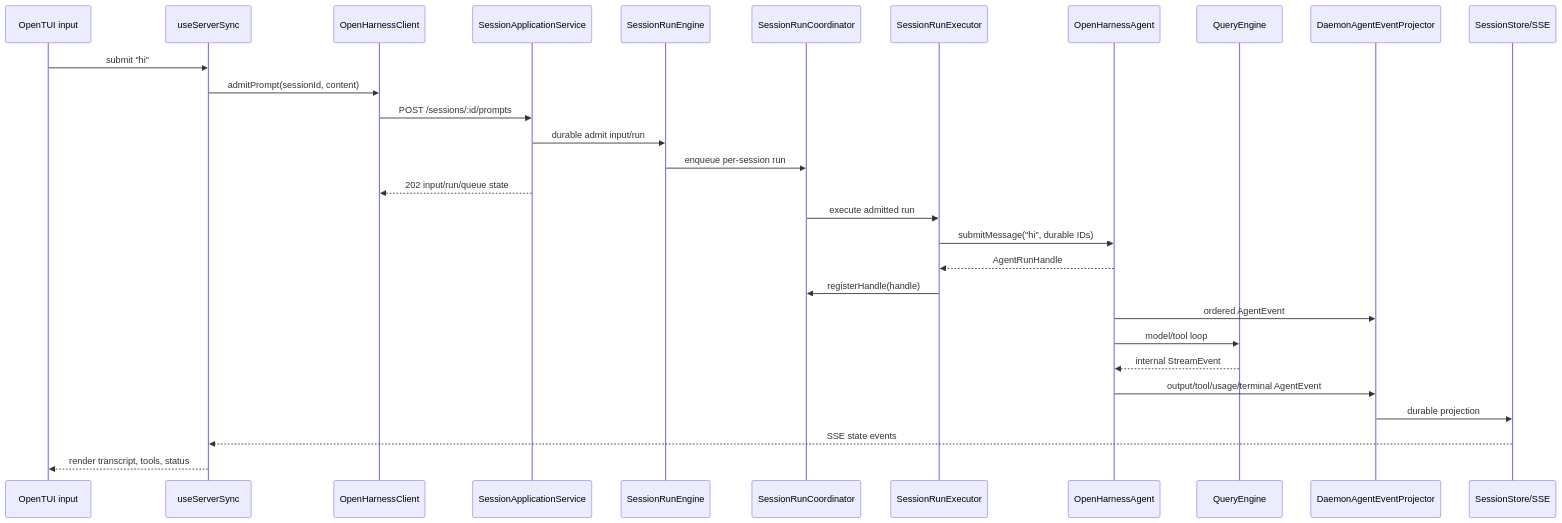
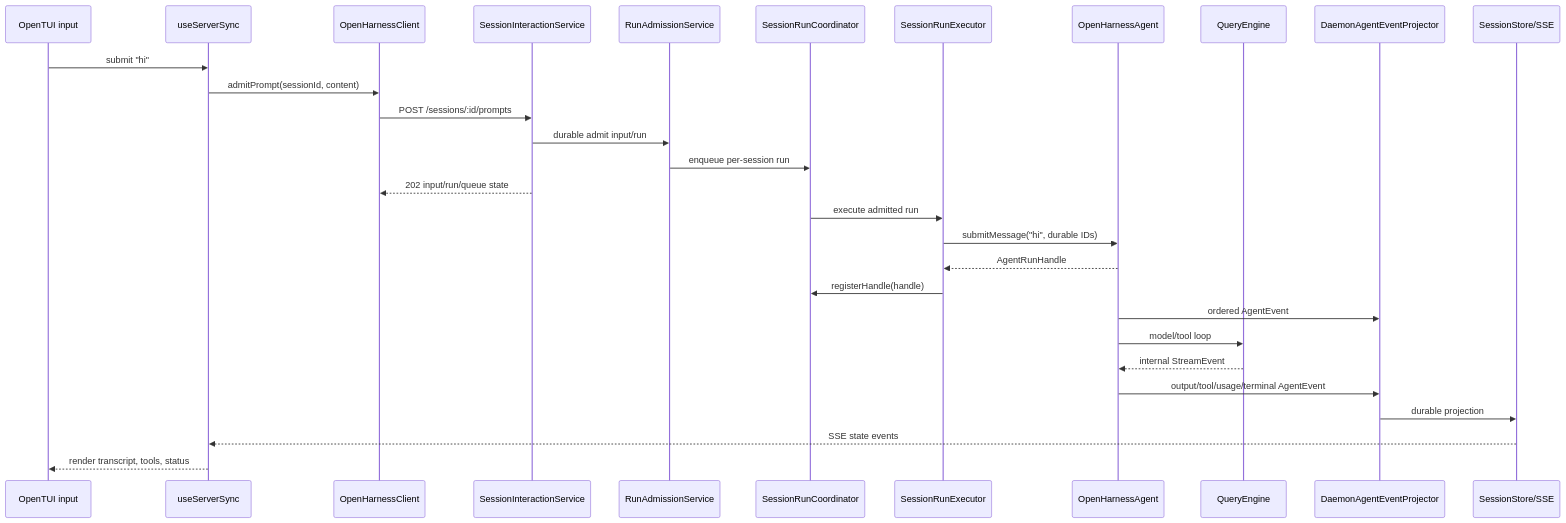
Before and after one commit to rzx007/Vykor: the diagram in docs/tui-flow.md, drawn with Mermaid. The commit also changed 28 other files, not shown here.

````diff
--- a/docs/tui-flow.md
+++ b/docs/tui-flow.md
@@ -21,32 +21,32 @@
 ```mermaid
 sequenceDiagram
   participant Input as OpenTUI input
   participant Sync as useServerSync
   participant Client as OpenHarnessClient
-  participant App as SessionApplicationService
-  participant Engine as SessionRunEngine
+  participant App as SessionInteractionService
+  participant Admission as RunAdmissionService
   participant Lane as SessionRunCoordinator
   participant Exec as SessionRunExecutor
   participant Agent as OpenHarnessAgent
   participant QE as QueryEngine
   participant Projection as DaemonAgentEventProjector
   participant Store as SessionStore/SSE
 
   Input->>Sync: submit "hi"
   Sync->>Client: admitPrompt(sessionId, content)
   Client->>App: POST /sessions/:id/prompts
-  App->>Engine: durable admit input/run
-  Engine->>Lane: enqueue per-session run
+  App->>Admission: durable admit input/run
+  Admission->>Lane: enqueue per-session run
   App-->>Client: 202 input/run/queue state
   Lane->>Exec: execute admitted run
   Exec->>Agent: submitMessage("hi", durable IDs)
   Agent-->>Exec: AgentRunHandle
   Exec->>Lane: registerHandle(handle)
   Agent->>Projection: ordered AgentEvent
   Agent->>QE: model/tool loop
   QE-->>Agent: internal StreamEvent
   Agent->>Projection: output/tool/usage/terminal AgentEvent
   Projection->>Store: durable projection
   Store-->>Sync: SSE state events
   Sync-->>Input: render transcript, tools, status
 ```
````
